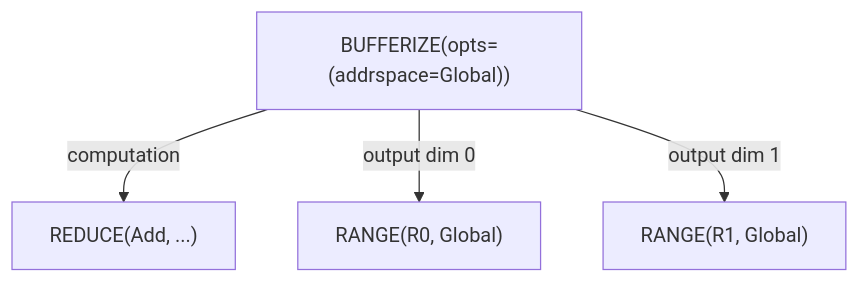
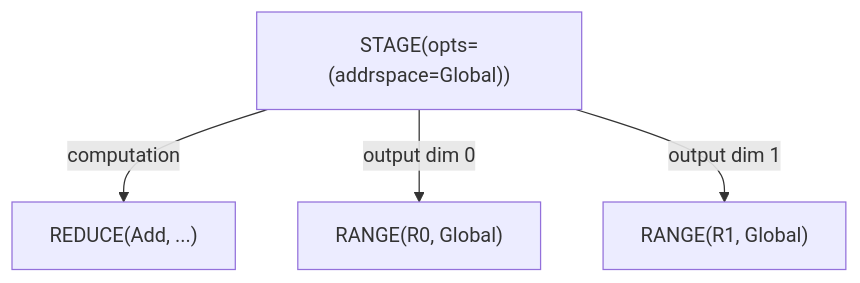
Before and after one commit to npatsakula/morok: the fifth of 16 diagrams in website/docs/architecture/op-bestiary.md, drawn with Mermaid. The commit also changed other lines of this file and 63 other files, not shown here.

First line of the commit message:
[*] docs: verify the architecture chapter against the IR and optimizer

````diff
--- a/website/docs/architecture/op-bestiary.md
+++ b/website/docs/architecture/op-bestiary.md
@@ -189,6 +192,6 @@
 ```mermaid
 flowchart TD
-  BZ["BUFFERIZE(opts=(addrspace=Global))"] -->|"computation"| RED["REDUCE(Add, ...)"]
+  BZ["STAGE(opts=(addrspace=Global))"] -->|"computation"| RED["REDUCE(Add, ...)"]
   BZ -->|"output dim 0"| R0["RANGE(R0, Global)"]
   BZ -->|"output dim 1"| R1["RANGE(R1, Global)"]
 ```
````
